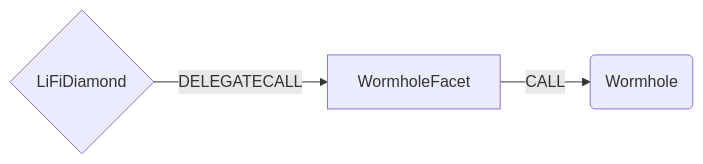
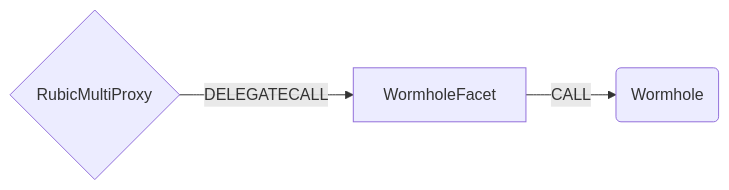
The diagram in docs/WormholeFacet.md (Cryptorubic/multi-proxy-rubic), drawn with Mermaid before and after one commit. The commit also changed other lines of this file and 82 other files, not shown here.

````diff
--- a/docs/WormholeFacet.md
+++ b/docs/WormholeFacet.md
@@ -7,5 +7,5 @@
 ```mermaid
 graph LR;
-    D{LiFiDiamond}-- DELEGATECALL -->WormholeFacet;
+    D{RubicMultiProxy}-- DELEGATECALL -->WormholeFacet;
     WormholeFacet -- CALL --> C(Wormhole)
 ```
````
